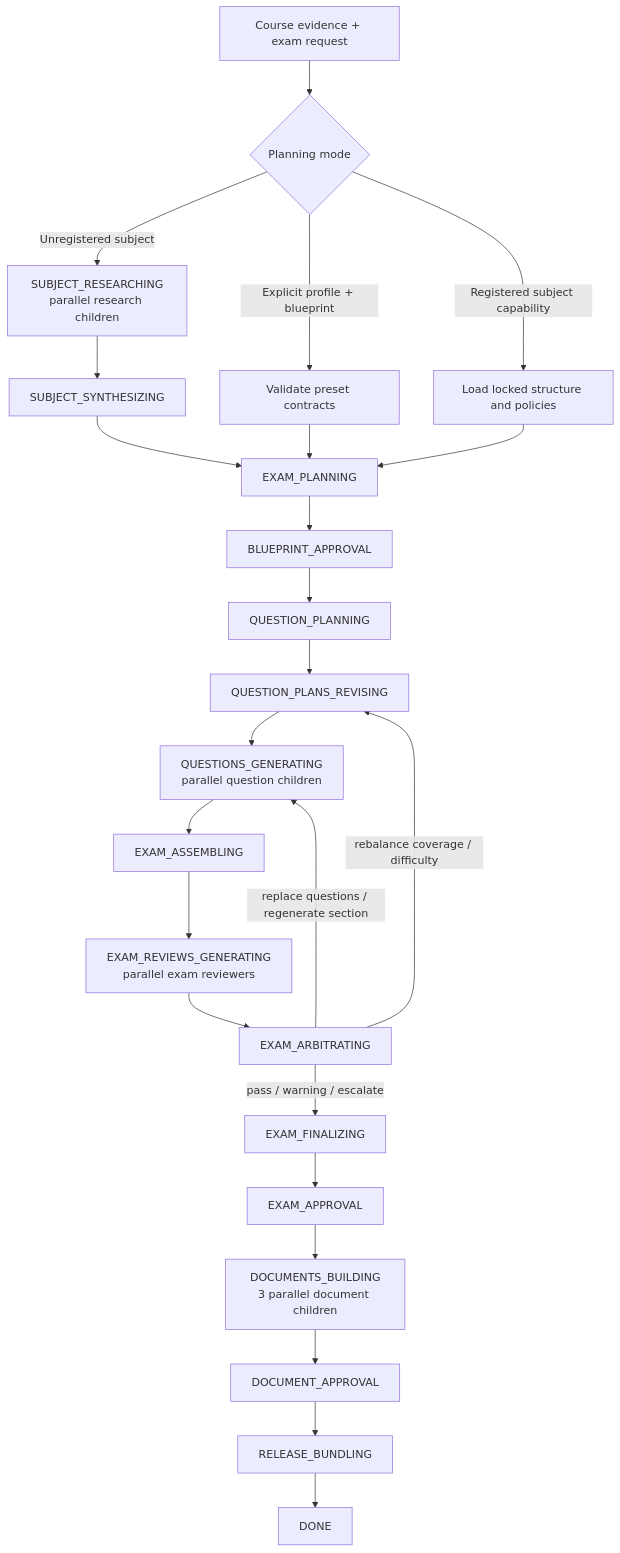
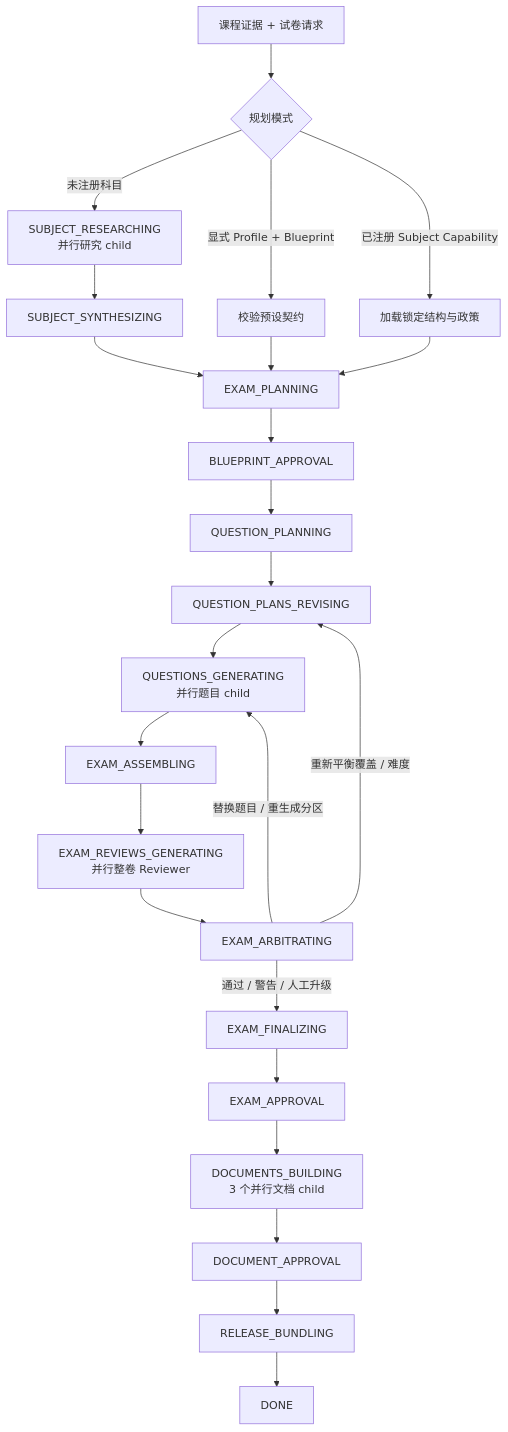
Before and after one commit to kyc001/assessment-workbench: the fifth of 13 diagrams in README.md, drawn with Mermaid. The commit also changed other lines of this file and 2 other files, not shown here.

````diff
--- a/README.md
+++ b/README.md
@@ -295,26 +295,26 @@
 ```mermaid
 flowchart TD
-    Request["Course evidence + exam request"] --> Resolve{"Planning mode"}
-    Resolve -->|"Explicit profile + blueprint"| Preset["Validate preset contracts"]
-    Resolve -->|"Registered subject capability"| Capability["Load locked structure and policies"]
-    Resolve -->|"Unregistered subject"| Research["SUBJECT_RESEARCHING\nparallel research children"]
+    Request["课程证据 + 试卷请求"] --> Resolve{"规划模式"}
+    Resolve -->|"显式 Profile + Blueprint"| Preset["校验预设契约"]
+    Resolve -->|"已注册 Subject Capability"| Capability["加载锁定结构与政策"]
+    Resolve -->|"未注册科目"| Research["SUBJECT_RESEARCHING\n并行研究 child"]
     Research --> Synthesis["SUBJECT_SYNTHESIZING"]
     Synthesis --> PlanExam["EXAM_PLANNING"]
     Preset --> PlanExam
     Capability --> PlanExam
     PlanExam --> BlueprintGate["BLUEPRINT_APPROVAL"]
     BlueprintGate --> PlanQuestions["QUESTION_PLANNING"]
     PlanQuestions --> RevisePlans["QUESTION_PLANS_REVISING"]
-    RevisePlans --> Generate["QUESTIONS_GENERATING\nparallel question children"]
+    RevisePlans --> Generate["QUESTIONS_GENERATING\n并行题目 child"]
     Generate --> Assemble["EXAM_ASSEMBLING"]
-    Assemble --> ExamReviews["EXAM_REVIEWS_GENERATING\nparallel exam reviewers"]
+    Assemble --> ExamReviews["EXAM_REVIEWS_GENERATING\n并行整卷 Reviewer"]
     ExamReviews --> ExamArbiter["EXAM_ARBITRATING"]
-    ExamArbiter -->|"replace questions / regenerate section"| Generate
-    ExamArbiter -->|"rebalance coverage / difficulty"| RevisePlans
-    ExamArbiter -->|"pass / warning / escalate"| Finalize["EXAM_FINALIZING"]
+    ExamArbiter -->|"替换题目 / 重生成分区"| Generate
+    ExamArbiter -->|"重新平衡覆盖 / 难度"| RevisePlans
+    ExamArbiter -->|"通过 / 警告 / 人工升级"| Finalize["EXAM_FINALIZING"]
     Finalize --> ExamGate["EXAM_APPROVAL"]
-    ExamGate --> Documents["DOCUMENTS_BUILDING\n3 parallel document children"]
+    ExamGate --> Documents["DOCUMENTS_BUILDING\n3 个并行文档 child"]
     Documents --> DocumentGate["DOCUMENT_APPROVAL"]
     DocumentGate --> Release["RELEASE_BUNDLING"]
     Release --> Done["DONE"]
 ```
````
